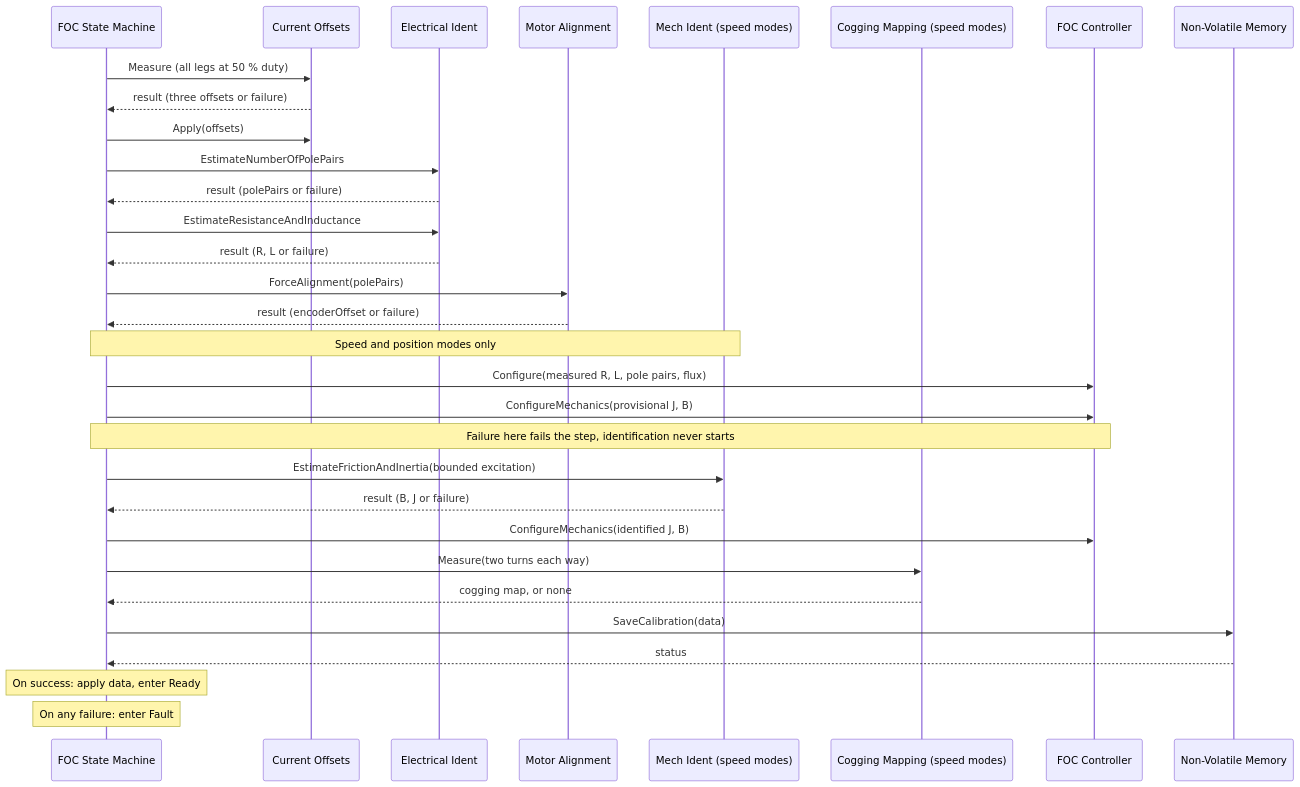
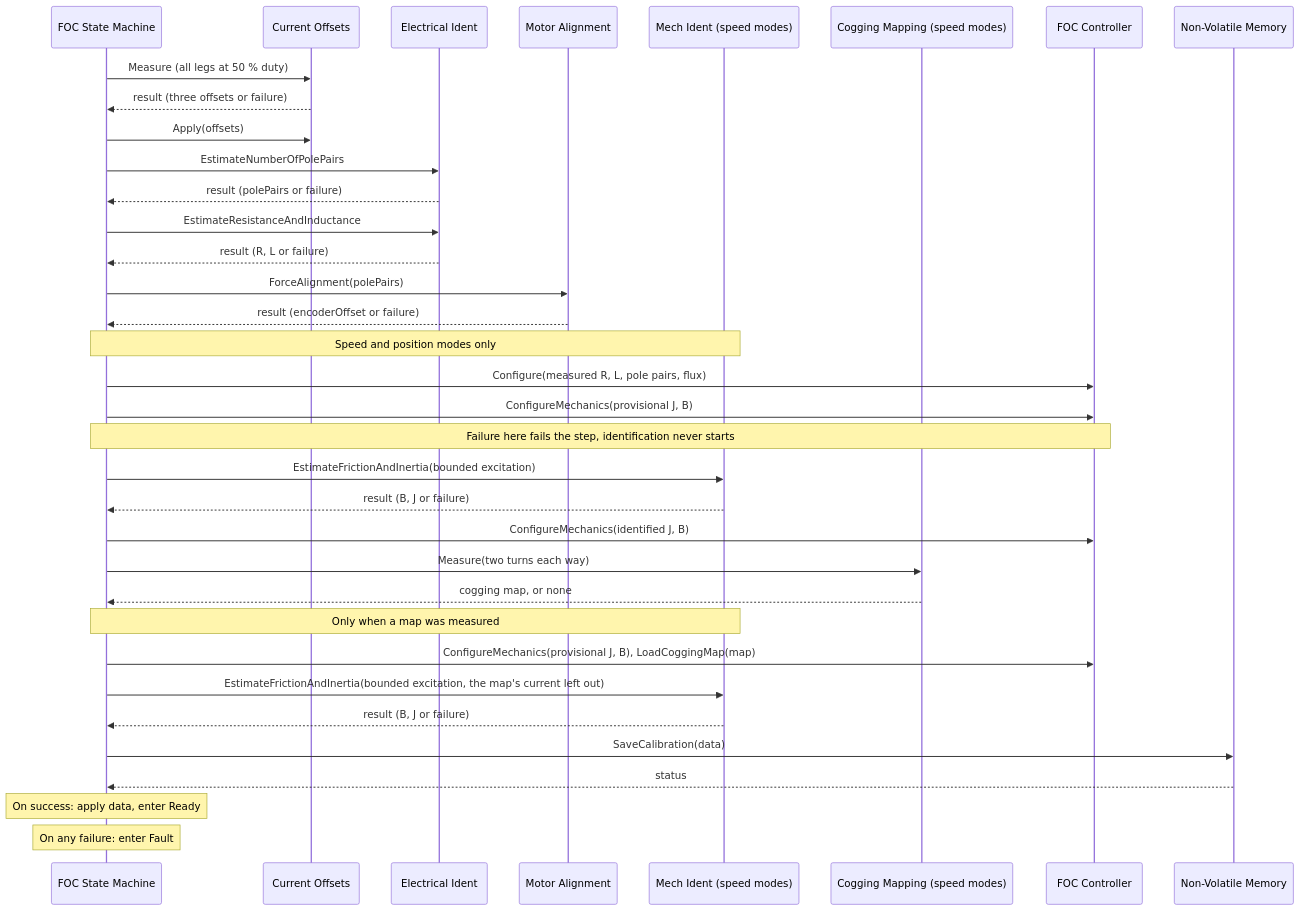
The second of 7 diagrams in documentation/design/state-machine.md (embedded-pro/e-foc), drawn with Mermaid before and after one commit. The commit also changed other lines of this file and 25 other files, not shown here.

First line of the commit message:
fix(calibration): measure the mechanics again once the cogging is compensated

````diff
--- a/documentation/design/state-machine.md
+++ b/documentation/design/state-machine.md
@@ -226,34 +226,38 @@
 ```mermaid
 sequenceDiagram
     participant SM as FOC State Machine
     participant CO as Current Offsets
     participant EI as Electrical Ident
     participant MA as Motor Alignment
     participant MI as Mech Ident (speed modes)
     participant CM as Cogging Mapping (speed modes)
     participant FOC as FOC Controller
     participant NVM as Non-Volatile Memory
 
     SM->>CO: Measure (all legs at 50 % duty)
     CO-->>SM: result (three offsets or failure)
     SM->>CO: Apply(offsets)
     SM->>EI: EstimateNumberOfPolePairs
     EI-->>SM: result (polePairs or failure)
     SM->>EI: EstimateResistanceAndInductance
     EI-->>SM: result (R, L or failure)
     SM->>MA: ForceAlignment(polePairs)
     MA-->>SM: result (encoderOffset or failure)
     note over SM,MI: Speed and position modes only
     SM->>FOC: Configure(measured R, L, pole pairs, flux)
     SM->>FOC: ConfigureMechanics(provisional J, B)
     note over SM,FOC: Failure here fails the step, identification never starts
     SM->>MI: EstimateFrictionAndInertia(bounded excitation)
     MI-->>SM: result (B, J or failure)
     SM->>FOC: ConfigureMechanics(identified J, B)
     SM->>CM: Measure(two turns each way)
     CM-->>SM: cogging map, or none
+    note over SM,MI: Only when a map was measured
+    SM->>FOC: ConfigureMechanics(provisional J, B), LoadCoggingMap(map)
+    SM->>MI: EstimateFrictionAndInertia(bounded excitation, the map's current left out)
+    MI-->>SM: result (B, J or failure)
     SM->>NVM: SaveCalibration(data)
     NVM-->>SM: status
     note over SM: On success: apply data, enter Ready
     note over SM: On any failure: enter Fault
 ```
````
